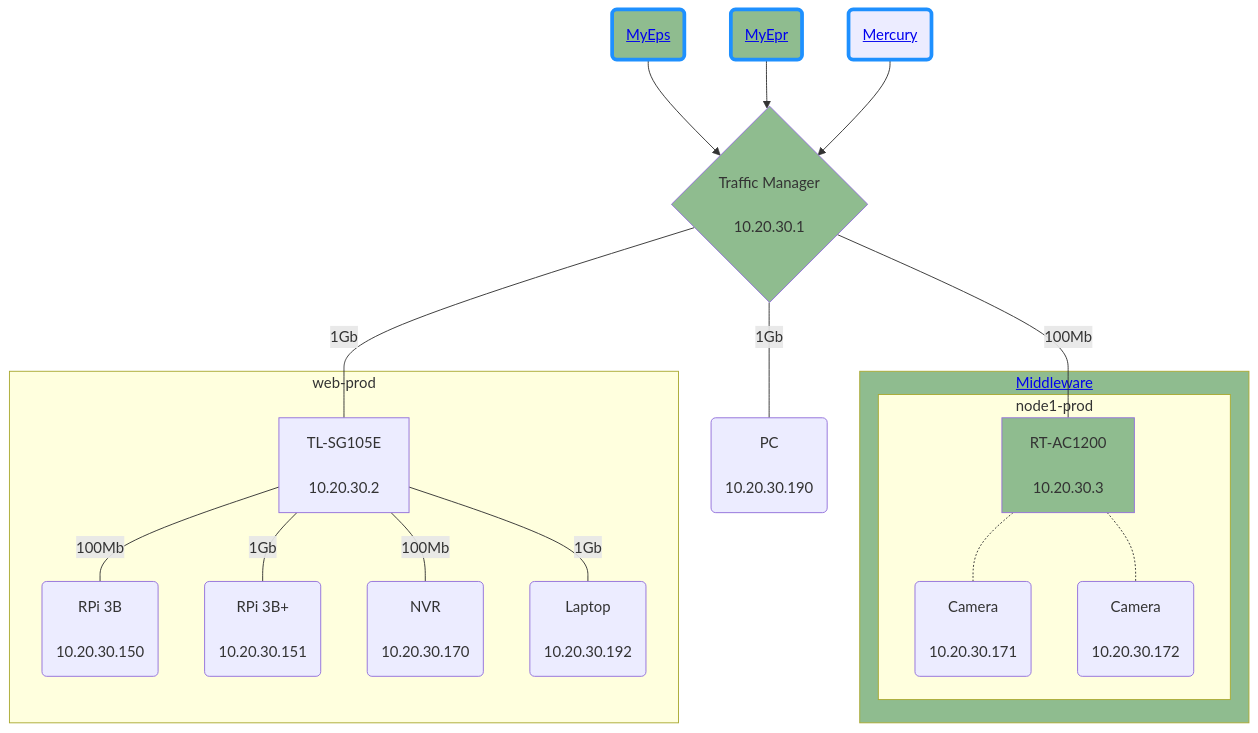
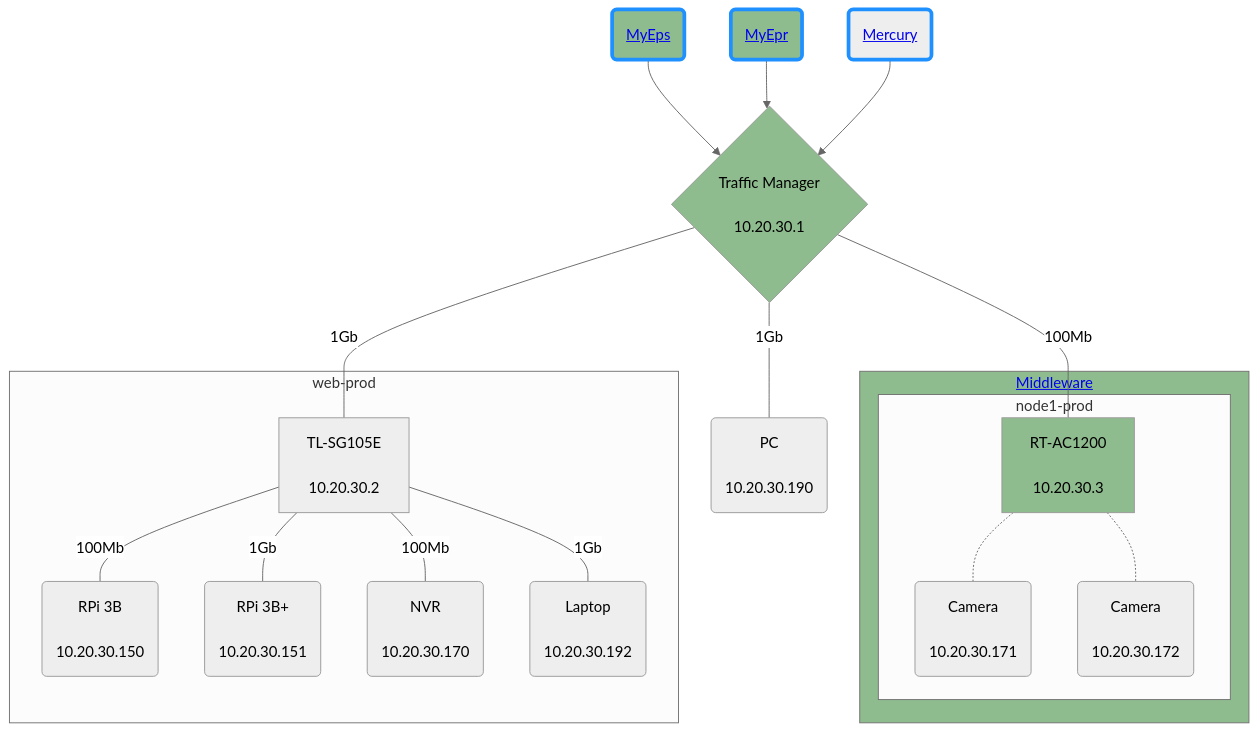
One commit to EproductiveReleases/whatsup changed the diagram in README.md. Above: the diagram before and after it, drawn with Mermaid.

````diff
--- a/README.md
+++ b/README.md
@@ -3,39 +3,41 @@
 ```mermaid
+%%{init: {'theme': 'neutral', "flowchart" : { "curve" : "basis" } } }%%
 graph TD
  linkStyle default interpolate basis
  myeps(<center><a href='https://github.com/EproductiveReleases/whatsup/blob/main/applications/myeps/README.md'>MyEps</a></center>)-->tm
  myepr(<center><a href='https://github.com/EproductiveReleases/whatsup/blob/main/applications/myepr/README.md'>MyEpr</a></center>)-->tm
  mercury(<center><a href='https://github.com/EproductiveReleases/whatsup/blob/main/applications/mercury/README.md'>Mercury</a></center>)-->tm
  tm{<center>Traffic Manager<br><br>10.20.30.1</center>}
  tm---|100Mb|ap[<center>RT-AC1200<br><br>10.20.30.3</center>]
  tm---|1Gb|pc(<center>PC<br><br>10.20.30.190</center>)
  tm---|1Gb|switch[<center>TL-SG105E<br><br>10.20.30.2</center>]
  subgraph node-pool[<center><a href='https://github.com/EproductiveReleases/whatsup/blob/main/applications/myeps/README.md'>Middleware</a></center>]
   subgraph node1-prod
   ap:::up-.-cam1(<center>Camera<br><br>10.20.30.171</center>)
   ap-.-cam2(<center>Camera<br><br>10.20.30.172</center>)
   end
  end
  subgraph web-prod
  switch---|100Mb|pi1(<center>RPi 3B<br><br>10.20.30.150</center>)
  switch---|1Gb|pi2(<center>RPi 3B+<br><br>10.20.30.151</center>)
  switch---|100Mb|nvr(<center>NVR<br><br>10.20.30.170</center>)
  switch---|1Gb|laptop(<center>Laptop<br><br>10.20.30.192</center>)
  end
 
 classDef up fill:darkseagreen
 classDef issue fill:orange
 classDef down fill:orangered
 
 classDef app stroke:dodgerblue,stroke-width:4px
 
 myeps:::app
 myepr:::app
 mercury:::app
 
 myeps:::up
 myepr:::up
 tm:::up
 node-pool:::up
 
+
 ```
````
